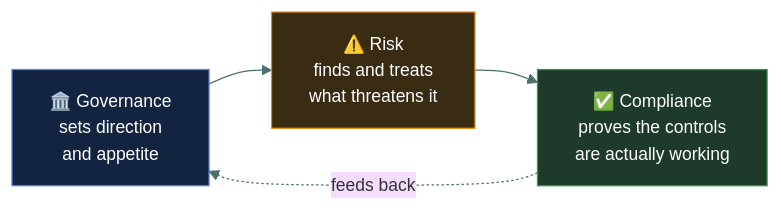
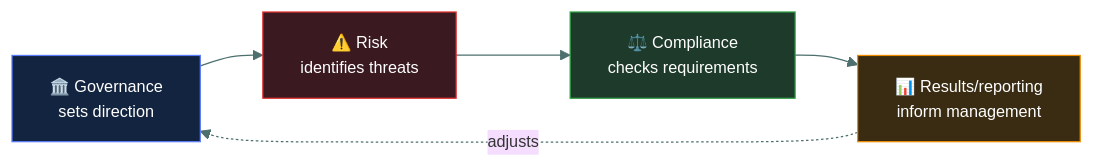
The first of 4 diagrams in 02-security-governance/grc-fundamentals/README.md (tarunTejaDesireddy/cc-exam-prep), drawn with Mermaid before and after one commit. The commit also changed other lines of this file and 1 other file, not shown here.

First line of the commit message:
Rewrite GRC Fundamentals with the tribe governance/risk/compliance walkthrough

````diff
--- a/02-security-governance/grc-fundamentals/README.md
+++ b/02-security-governance/grc-fundamentals/README.md
@@ -74,11 +31,13 @@
 ```mermaid
-%%{init: {'theme':'base','themeVariables':{'fontSize':'14px','lineColor':'#4d6f6e','textColor':'#dbe7e6'}}}%%
+%%{init: {'theme':'base','themeVariables':{'fontFamily':'Segoe UI, Helvetica Neue, Arial, sans-serif','fontSize':'13px','lineColor':'#4d6f6e','textColor':'#dbe7e6'}}}%%
 flowchart LR
-    G["🏛️ Governance<br/>sets direction<br/>and appetite"] --> R["⚠️ Risk<br/>finds and treats<br/>what threatens it"]
-    R --> C["✅ Compliance<br/>proves the controls<br/>are actually working"]
-    C -.->|"feeds back"| G
+    G["🏛️ Governance<br/>sets direction"] --> R["⚠️ Risk<br/>identifies threats"]
+    R --> C["⚖️ Compliance<br/>checks requirements"]
+    C --> RE["📊 Results/reporting<br/>inform management"]
+    RE -.->|"adjusts"| G
 
     style G fill:#12243f,stroke:#5C7CFA,color:#fff
-    style R fill:#3a2c12,stroke:#F08C00,color:#fff
+    style R fill:#3a1a20,stroke:#E03131,color:#fff
     style C fill:#1d3a2a,stroke:#2F9E44,color:#fff
+    style RE fill:#3a2c12,stroke:#F08C00,color:#fff
 ```
````
